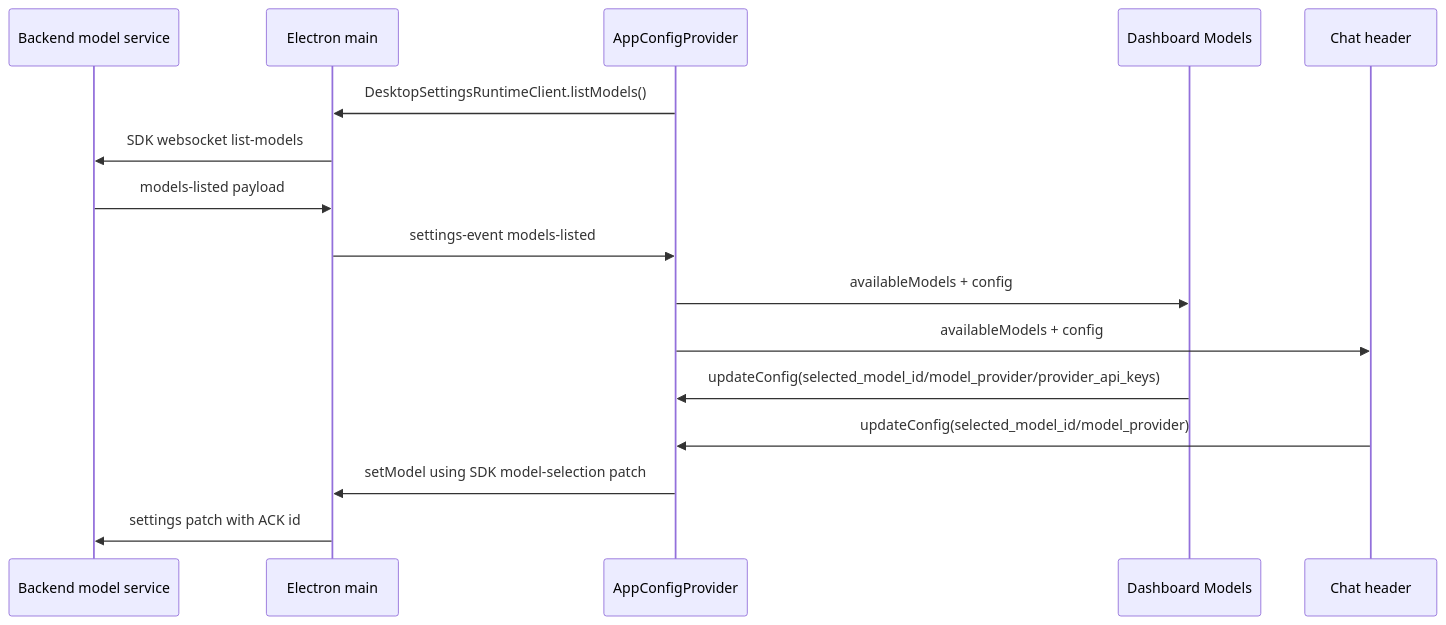
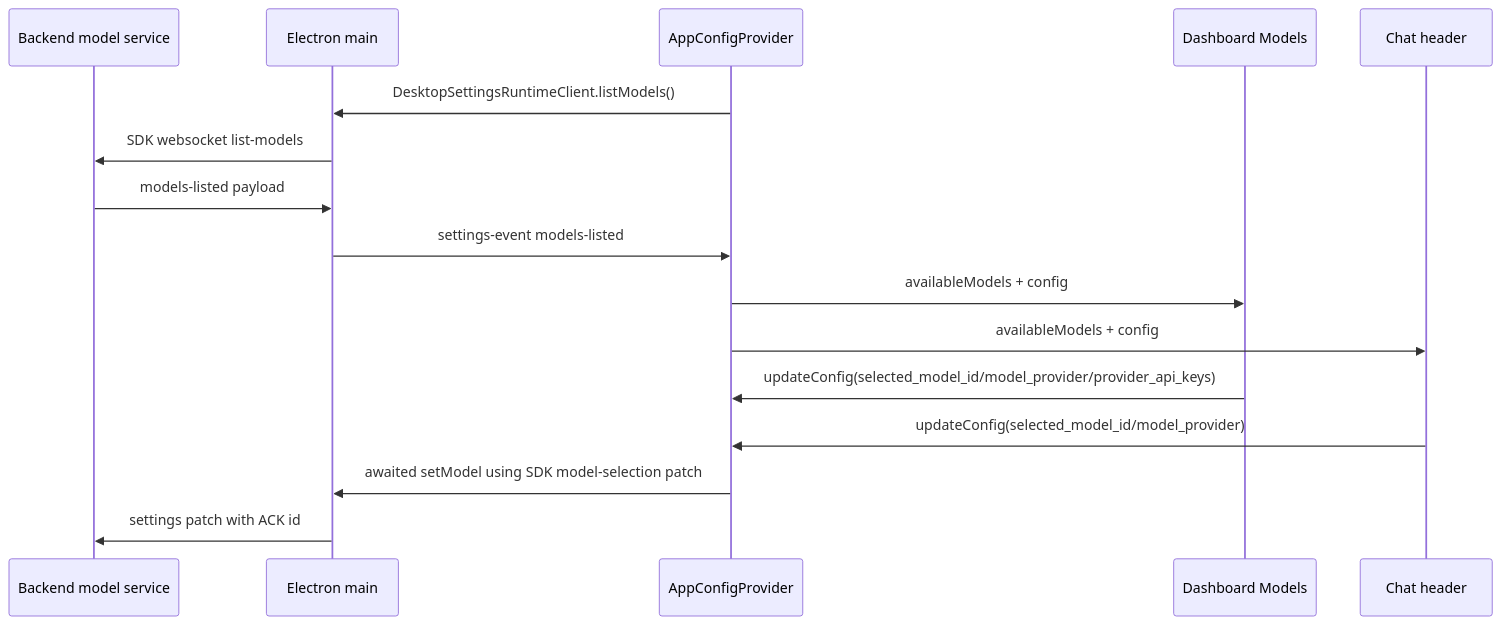
Before and after one commit to buiilding/My_Own_OpenClaw: the diagram in docs/frontend/renderer/settings/model_settings_change_workflow.md, drawn with Mermaid. The commit also changed other lines of this file and 17 other files, not shown here.

````diff
--- a/docs/frontend/renderer/settings/model_settings_change_workflow.md
+++ b/docs/frontend/renderer/settings/model_settings_change_workflow.md
@@ -52,19 +52,19 @@
 ```mermaid
 sequenceDiagram
     participant Backend as Backend model service
     participant Main as Electron main
     participant Provider as AppConfigProvider
     participant Dashboard as Dashboard Models
     participant Chat as Chat header
 
     Provider->>Main: DesktopSettingsRuntimeClient.listModels()
     Main->>Backend: SDK websocket list-models
     Backend->>Main: models-listed payload
     Main->>Provider: settings-event models-listed
     Provider->>Dashboard: availableModels + config
     Provider->>Chat: availableModels + config
     Dashboard->>Provider: updateConfig(selected_model_id/model_provider/provider_api_keys)
     Chat->>Provider: updateConfig(selected_model_id/model_provider)
-    Provider->>Main: setModel using SDK model-selection patch
+    Provider->>Main: awaited setModel using SDK model-selection patch
     Main->>Backend: settings patch with ACK id
 ```
````
